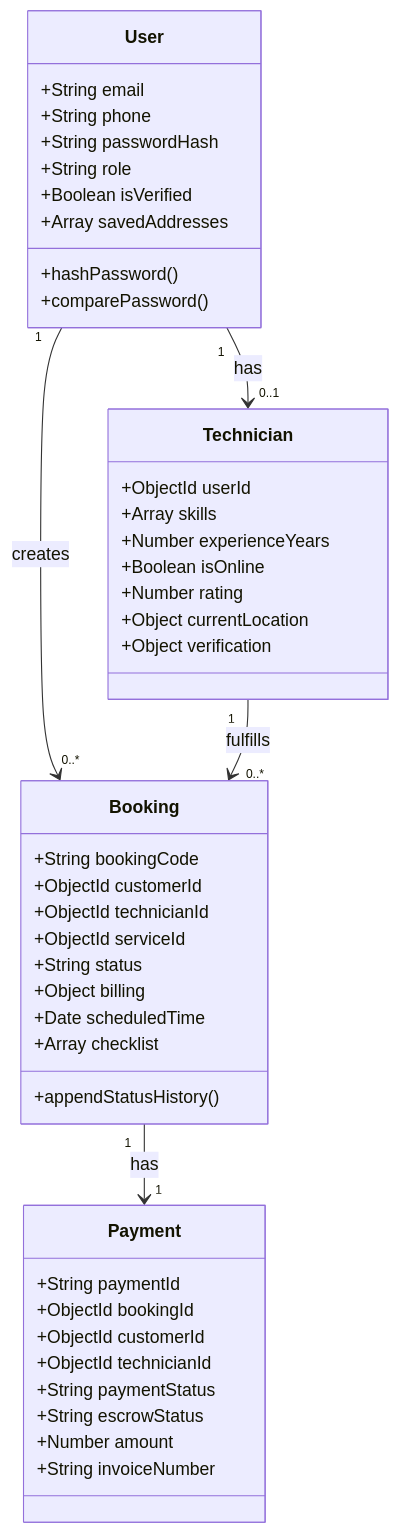
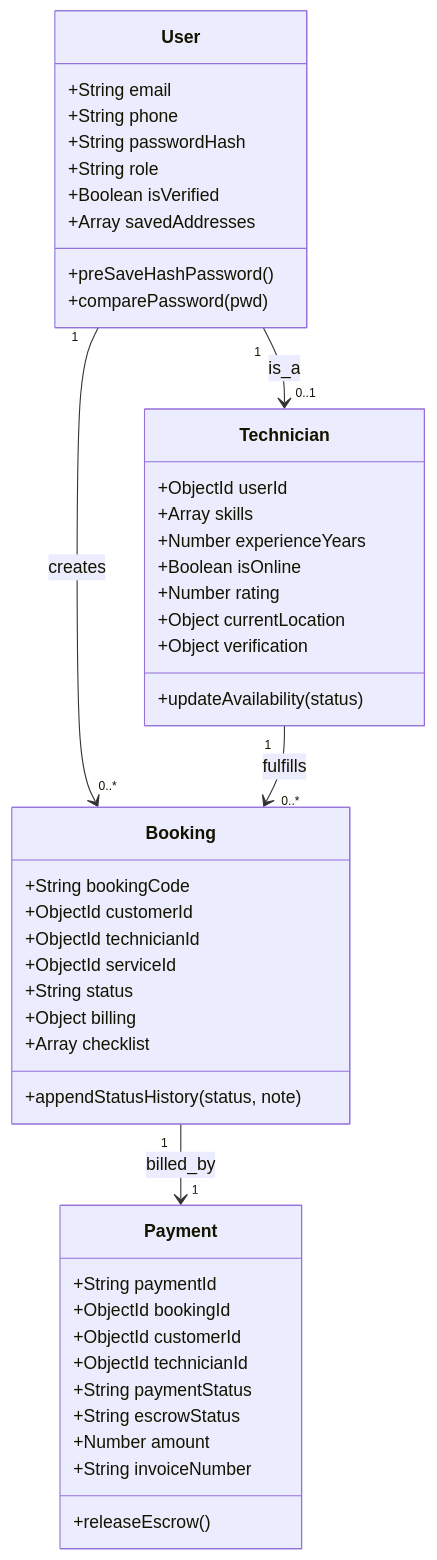
Before and after one commit to ananthamanvitha9-oss/home-hero: the second of 2 diagrams in docs/product-design/low-level-design.md, drawn with Mermaid. The commit also changed other lines of this file, not shown here.

````diff
--- a/docs/product-design/low-level-design.md
+++ b/docs/product-design/low-level-design.md
@@ -9,51 +62,52 @@
 ```mermaid
 classDiagram
   class User {
     +String email
     +String phone
     +String passwordHash
     +String role
     +Boolean isVerified
     +Array savedAddresses
-    +hashPassword()
-    +comparePassword()
+    +preSaveHashPassword()
+    +comparePassword(pwd)
   }
-  
+
   class Technician {
     +ObjectId userId
     +Array skills
     +Number experienceYears
     +Boolean isOnline
     +Number rating
     +Object currentLocation
     +Object verification
+    +updateAvailability(status)
   }
 
   class Booking {
     +String bookingCode
     +ObjectId customerId
     +ObjectId technicianId
     +ObjectId serviceId
     +String status
     +Object billing
-    +Date scheduledTime
     +Array checklist
-    +appendStatusHistory()
+    +appendStatusHistory(status, note)
   }
 
   class Payment {
     +String paymentId
     +ObjectId bookingId
     +ObjectId customerId
     +ObjectId technicianId
     +String paymentStatus
     +String escrowStatus
     +Number amount
     +String invoiceNumber
+    +releaseEscrow()
   }
 
-  User "1" --> "0..1" Technician : has
+  User "1" --> "0..1" Technician : is_a
   User "1" --> "0..*" Booking : creates
   Technician "1" --> "0..*" Booking : fulfills
-  Booking "1" --> "1" Payment : has
+  Booking "1" --> "1" Payment : billed_by
 ```
````
